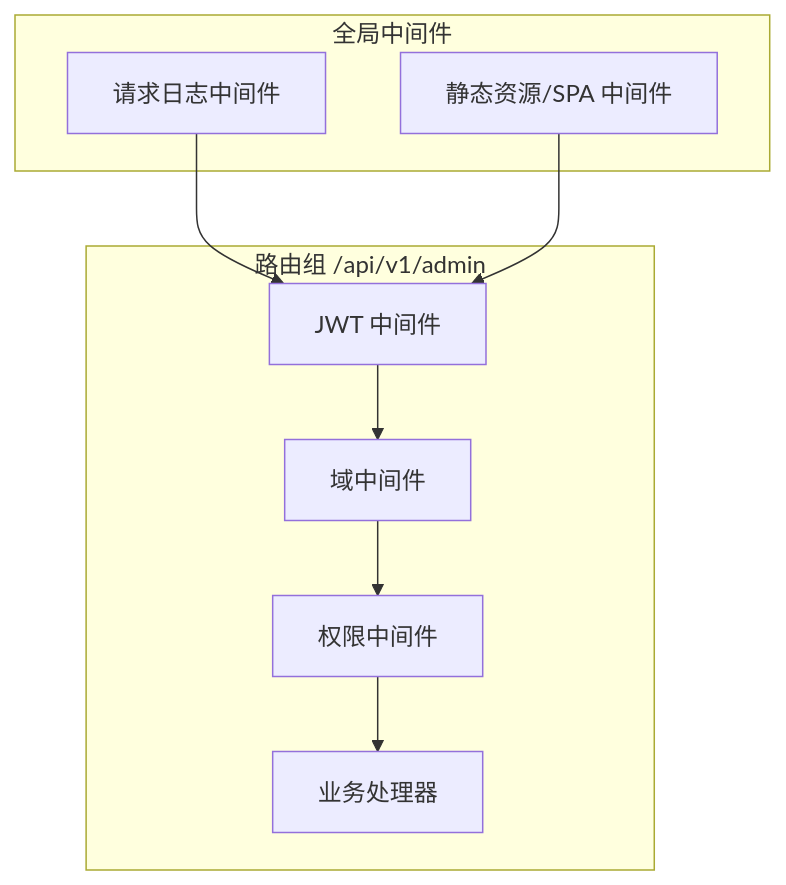
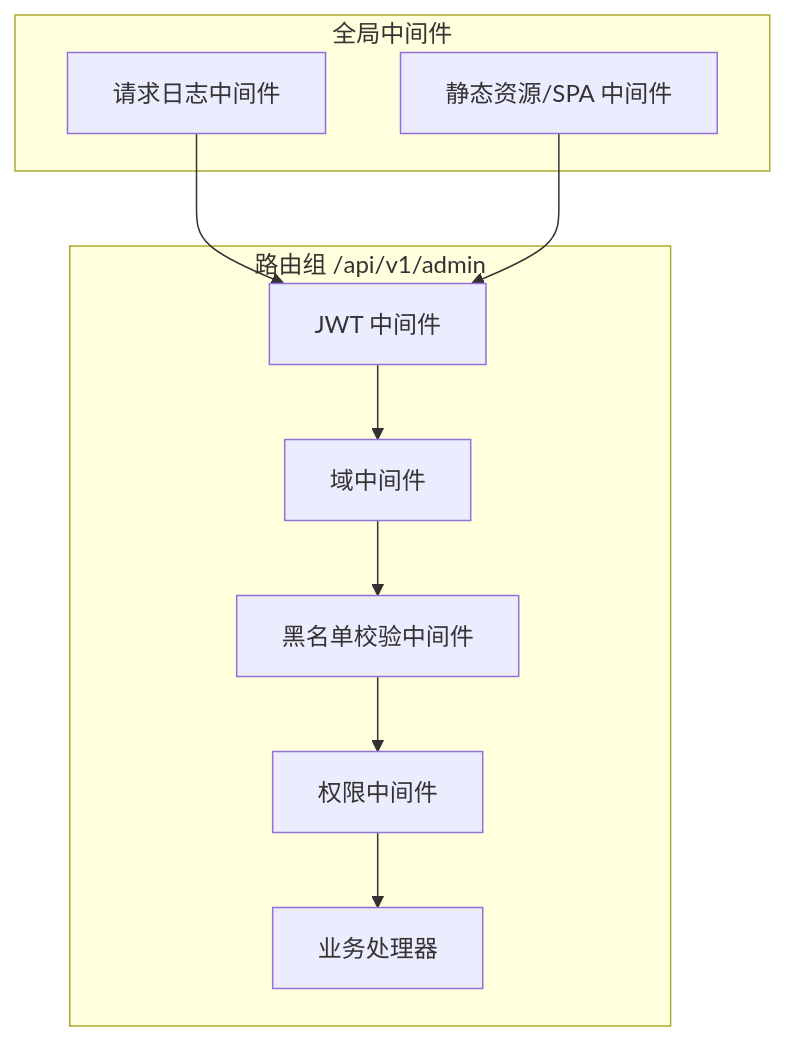
One commit to wuwuseo/e-sports-go-admin changed the fourth of 7 diagrams in .qoder/repowiki/zh/content/中间件系统/中间件系统.md. Above: the diagram before and after it, drawn with Mermaid. The commit also changed other lines of this file and 42 other files, not shown here.

````diff
--- a/.qoder/repowiki/zh/content/中间件系统/中间件系统.md
+++ b/.qoder/repowiki/zh/content/中间件系统/中间件系统.md
@@ -163,16 +200,17 @@
 ```mermaid
 graph TB
 subgraph "全局中间件"
 L["请求日志中间件"]
 S["静态资源/SPA 中间件"]
 end
 subgraph "路由组 /api/v1/admin"
 J["JWT 中间件"]
 D["域中间件"]
+B["黑名单校验中间件"]
 P["权限中间件"]
 H["业务处理器"]
 end
 L --> J
 S --> J
-J --> D --> P --> H
+J --> D --> B --> P --> H
 ```
````
